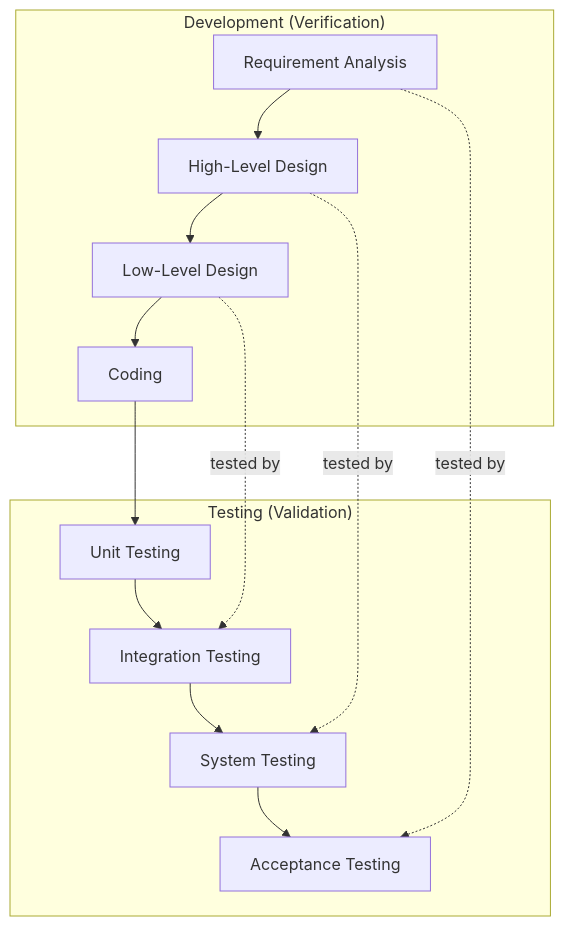
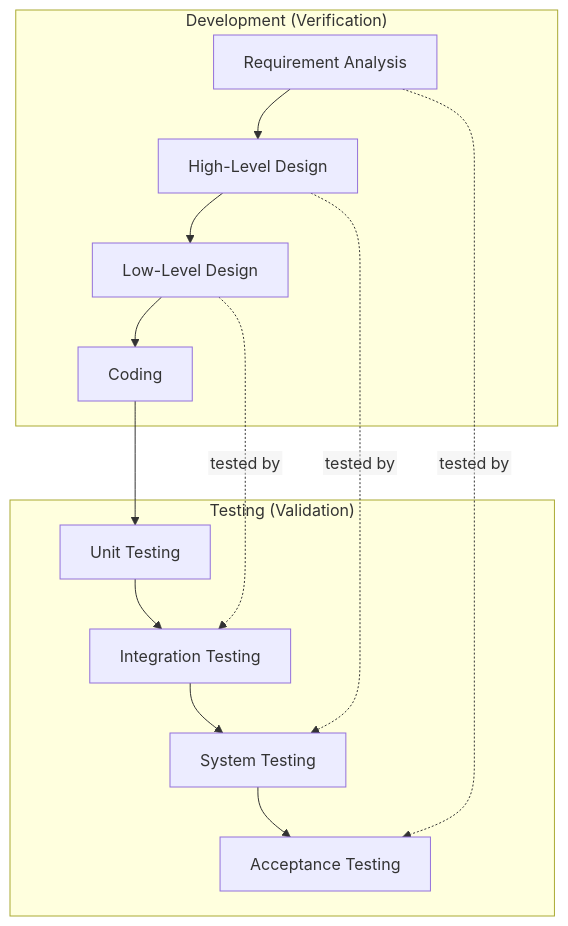
Before and after one commit to Ajay120503/ST_Notes: diagram 15 of 23 in README.md, drawn with Mermaid. The commit also changed other lines of this file, not shown here.

````diff
--- a/README.md
+++ b/README.md
@@ -488,13 +503,14 @@
 ```mermaid
+%%{init: {"flowchart": {"htmlLabels": false}}}%%
 flowchart TD
     subgraph DEV["Development (Verification)"]
         R["Requirement Analysis"] --> H["High-Level Design"] --> L["Low-Level Design"] --> C["Coding"]
     end
     subgraph TEST["Testing (Validation)"]
         UT["Unit Testing"] --> IT["Integration Testing"] --> ST["System Testing"] --> AT["Acceptance Testing"]
     end
     C --> UT
-    L -.->|tested by| IT
-    H -.->|tested by| ST
-    R -.->|tested by| AT
+    L -. "tested by" .-> IT
+    H -. "tested by" .-> ST
+    R -. "tested by" .-> AT
 ```
````
